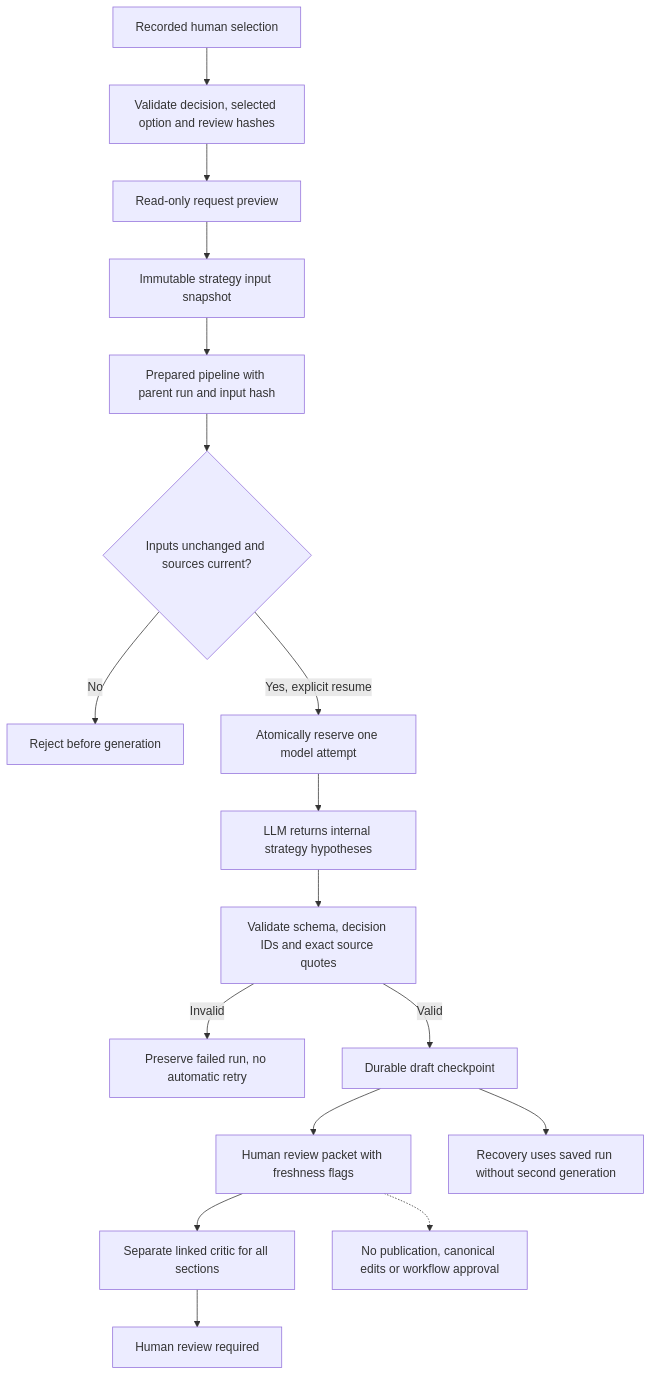
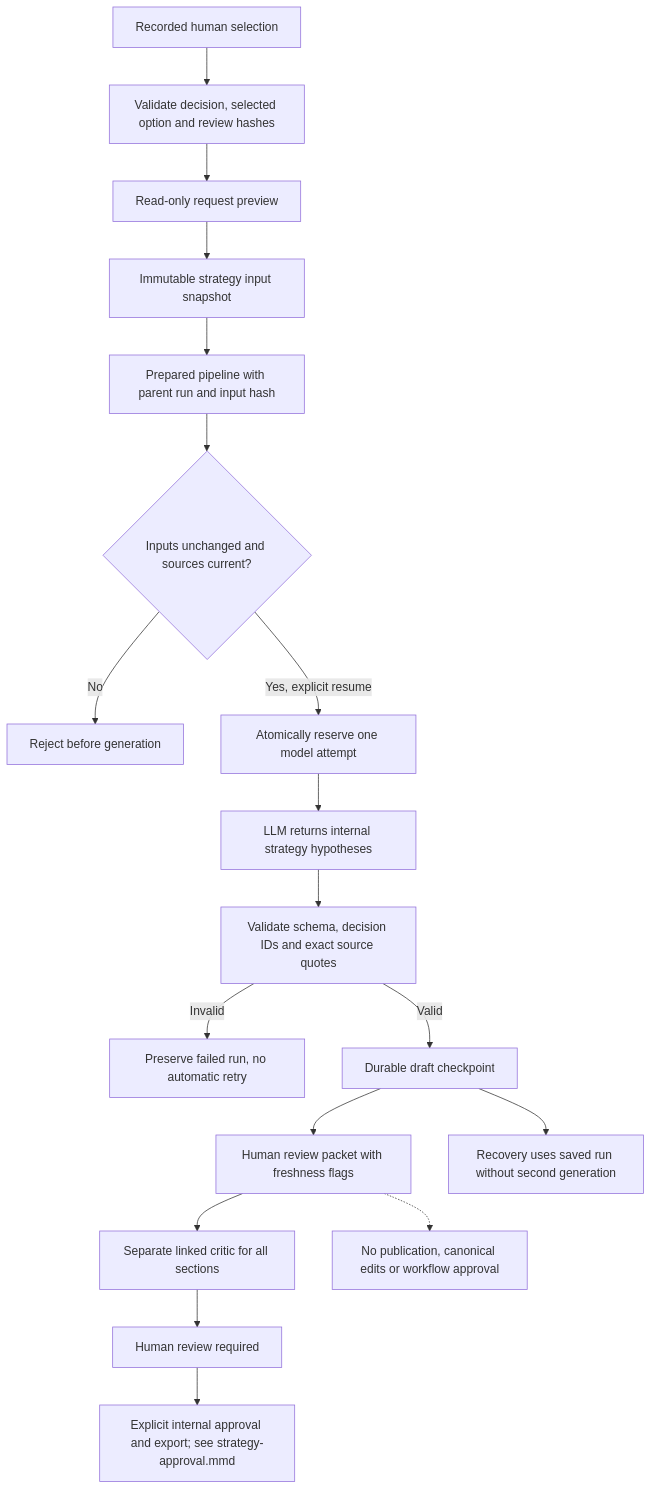
One commit to kostIT13/product-strategy-copilot-megafon changed the diagram in diagrams/main/strategy-plan.mmd. Above: the diagram before and after it, drawn with Mermaid. The commit also changed 31 other files, not shown here.

Commit message:
feat: add explicit internal strategy approval and portable export

```diff
--- a/diagrams/main/strategy-plan.mmd
+++ b/diagrams/main/strategy-plan.mmd
@@ -1,17 +1,18 @@
 flowchart TD
     S[Recorded human selection] --> V[Validate decision, selected option and review hashes]
     V --> P[Read-only request preview]
     P --> I[Immutable strategy input snapshot]
     I --> A[Prepared pipeline with parent run and input hash]
     A --> F{Inputs unchanged and sources current?}
     F -->|No| X[Reject before generation]
     F -->|Yes, explicit resume| R[Atomically reserve one model attempt]
     R --> M[LLM returns internal strategy hypotheses]
     M --> C[Validate schema, decision IDs and exact source quotes]
     C -->|Invalid| E[Preserve failed run, no automatic retry]
     C -->|Valid| D[Durable draft checkpoint]
     D --> H[Human review packet with freshness flags]
     D --> REC[Recovery uses saved run without second generation]
     H --> K[Separate linked critic for all sections]
     K --> U[Human review required]
+    U --> APPROVAL[Explicit internal approval and export; see strategy-approval.mmd]
     H -.-> N[No publication, canonical edits or workflow approval]
```
